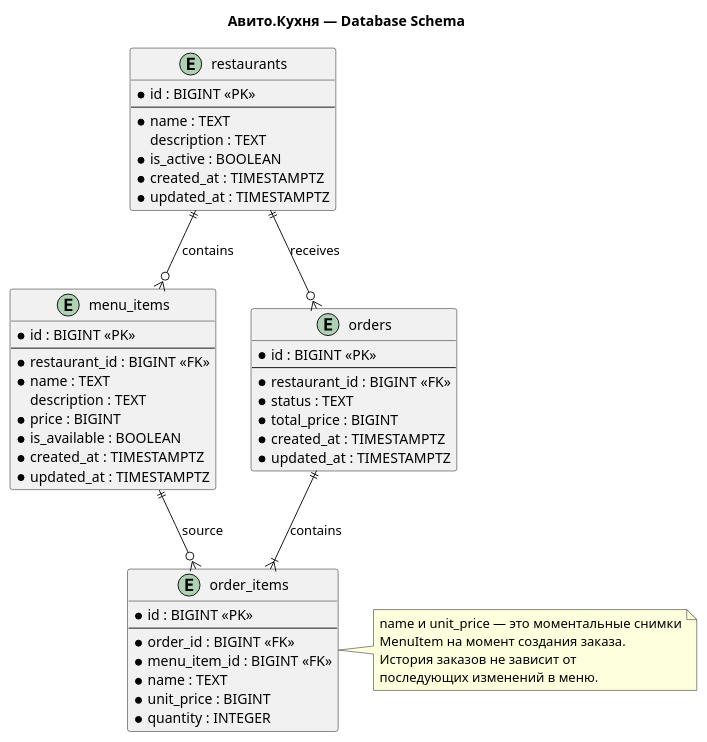
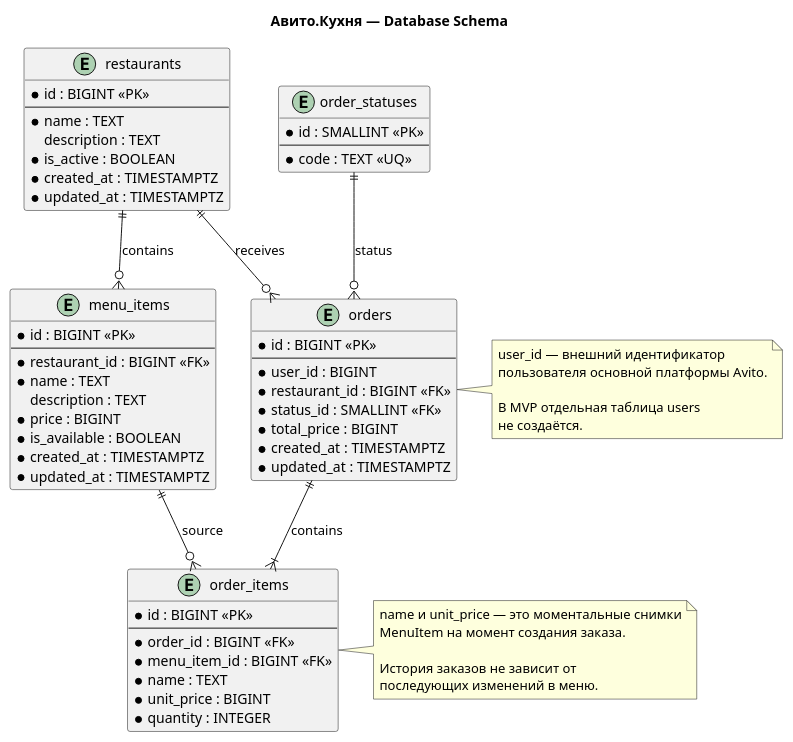
One commit to MarmulevSemyon/avito-kitchen changed the diagram in docs/database/schema.puml. Above: the diagram before and after it, drawn with PlantUML. The commit also changed 10 other files, not shown here.

```diff
--- a/docs/database/schema.puml
+++ b/docs/database/schema.puml
@@ -1,62 +1,81 @@
 @startuml AvitoKitchenDatabase
 
 title Авито.Кухня — Database Schema
 
 hide methods
 hide stereotypes
 
 entity "restaurants" as restaurants {
     * id : BIGINT <<PK>>
     --
     * name : TEXT
     description : TEXT
     * is_active : BOOLEAN
     * created_at : TIMESTAMPTZ
     * updated_at : TIMESTAMPTZ
 }
 
 entity "menu_items" as menu_items {
     * id : BIGINT <<PK>>
     --
     * restaurant_id : BIGINT <<FK>>
     * name : TEXT
     description : TEXT
     * price : BIGINT
     * is_available : BOOLEAN
     * created_at : TIMESTAMPTZ
     * updated_at : TIMESTAMPTZ
 }
 
+entity "order_statuses" as order_statuses {
+    * id : SMALLINT <<PK>>
+    --
+    * code : TEXT <<UQ>>
+}
+
 entity "orders" as orders {
     * id : BIGINT <<PK>>
     --
+    * user_id : BIGINT
     * restaurant_id : BIGINT <<FK>>
-    * status : TEXT
+    * status_id : SMALLINT <<FK>>
     * total_price : BIGINT
     * created_at : TIMESTAMPTZ
     * updated_at : TIMESTAMPTZ
 }
 
 entity "order_items" as order_items {
     * id : BIGINT <<PK>>
     --
     * order_id : BIGINT <<FK>>
     * menu_item_id : BIGINT <<FK>>
     * name : TEXT
     * unit_price : BIGINT
     * quantity : INTEGER
 }
 
 restaurants ||--o{ menu_items : contains
 restaurants ||--o{ orders : receives
+
+order_statuses ||--o{ orders : status
+
 orders ||--|{ order_items : contains
 menu_items ||--o{ order_items : source
+
+note right of orders
+user_id — внешний идентификатор
+пользователя основной платформы Avito.
+
+В MVP отдельная таблица users
+не создаётся.
+end note
 
 note right of order_items
 name и unit_price — это моментальные снимки
 MenuItem на момент создания заказа.
+
 История заказов не зависит от
 последующих изменений в меню.
 end note
 
 @enduml
```
